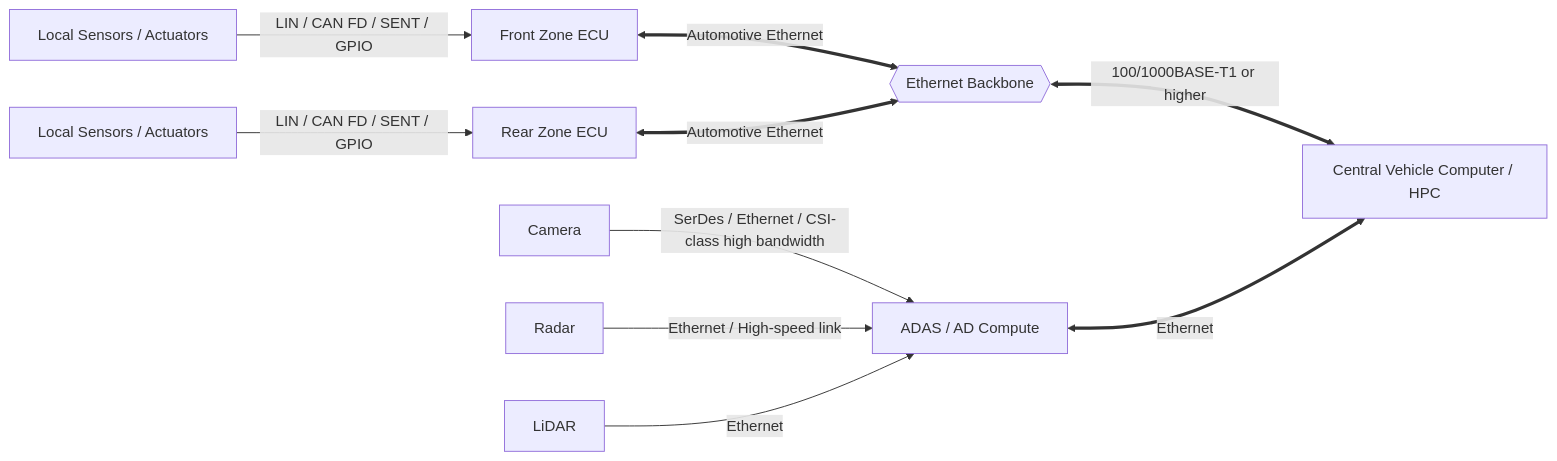
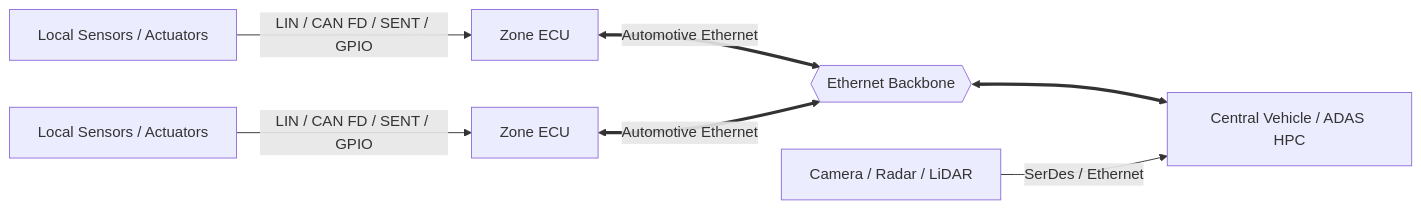
The first of 3 diagrams in README.md (sunmaan22/SDV_MCU_Project), drawn with Mermaid before and after one commit. The commit also changed other lines of this file, not shown here.

Commit message:
docs: align architecture with combined cockpit and LIN gateway

````diff
--- a/README.md
+++ b/README.md
@@ -85,14 +76,9 @@
 ```mermaid
 flowchart LR
-    S1["Local Sensors / Actuators"] -->|"LIN / CAN FD / SENT / GPIO"| Z1["Front Zone ECU"]
-    S2["Local Sensors / Actuators"] -->|"LIN / CAN FD / SENT / GPIO"| Z2["Rear Zone ECU"]
-
+    LOCAL1["Local Sensors / Actuators"] -->|"LIN / CAN FD / SENT / GPIO"| Z1["Zone ECU"]
+    LOCAL2["Local Sensors / Actuators"] -->|"LIN / CAN FD / SENT / GPIO"| Z2["Zone ECU"]
     Z1 <==>|"Automotive Ethernet"| ETH{{"Ethernet Backbone"}}
     Z2 <==>|"Automotive Ethernet"| ETH
-    ETH <==>|"100/1000BASE-T1 or higher"| HPC["Central Vehicle Computer / HPC"]
-
-    CAM["Camera"] -->|"SerDes / Ethernet / CSI-class high bandwidth"| ADAS["ADAS / AD Compute"]
-    RADAR["Radar"] -->|"Ethernet / High-speed link"| ADAS
-    LIDAR["LiDAR"] -->|"Ethernet"| ADAS
-    ADAS <==>|"Ethernet"| HPC
+    ETH <==> HPC["Central Vehicle / ADAS HPC"]
+    CAM["Camera / Radar / LiDAR"] -->|"SerDes / Ethernet"| HPC
 ```
````
